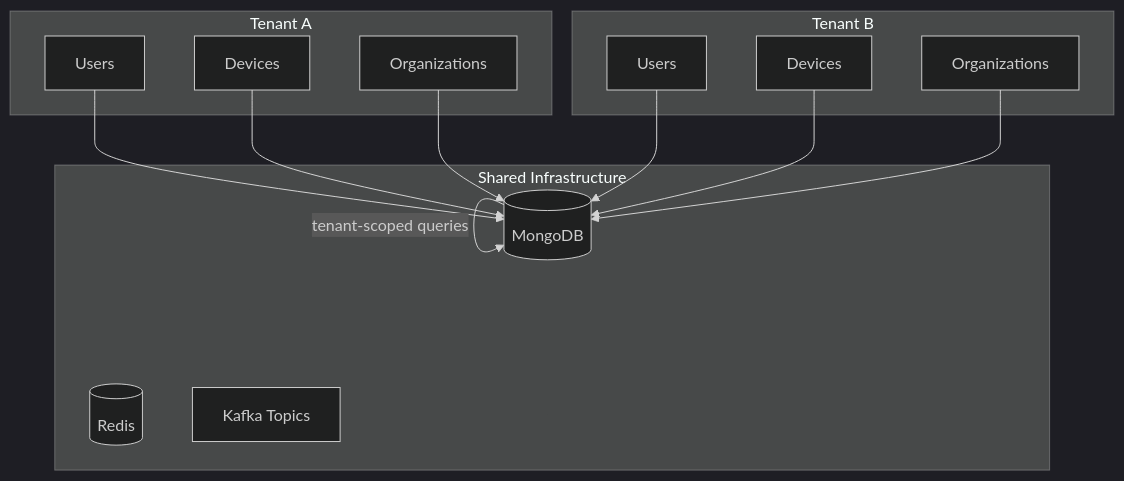
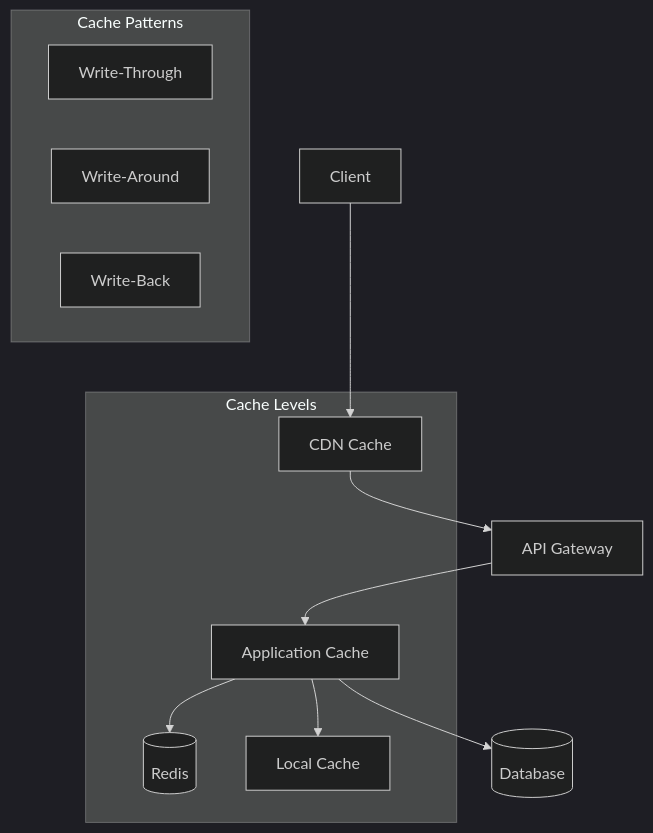
Before and after one commit to Praesto-Pro/openframe-oss-tenant: the eighth of 12 diagrams in docs/development/architecture/README.md, drawn with Mermaid (dark theme). The commit also changed other lines of this file and 149 other files, not shown here.

````diff
--- a/docs/development/architecture/README.md
+++ b/docs/development/architecture/README.md
@@ -286,29 +430,19 @@
 ```mermaid
-graph TD
-    subgraph "Tenant A"
-        A_Users[Users]
-        A_Devices[Devices]
-        A_Orgs[Organizations]
+flowchart TD
+    Client --> CDN[CDN Cache]
+    CDN --> Gateway[API Gateway]
+    Gateway --> AppCache[Application Cache]
+    AppCache --> Database[(Database)]
+    
+    subgraph "Cache Levels"
+        CDN
+        AppCache --> Redis[(Redis)]
+        AppCache --> LocalCache[Local Cache]
     end
     
-    subgraph "Tenant B"
-        B_Users[Users]
-        B_Devices[Devices]
-        B_Orgs[Organizations]
+    subgraph "Cache Patterns"
+        WriteThrough[Write-Through]
+        WriteAround[Write-Around]
+        WriteBack[Write-Back]
     end
-    
-    subgraph "Shared Infrastructure"
-        MongoDB[(MongoDB)]
-        Redis[(Redis)]
-        Kafka[Kafka Topics]
-    end
-    
-    A_Users --> MongoDB
-    A_Devices --> MongoDB
-    A_Orgs --> MongoDB
-    B_Users --> MongoDB
-    B_Devices --> MongoDB
-    B_Orgs --> MongoDB
-    
-    MongoDB --> |tenant-scoped queries| MongoDB
 ```
````
